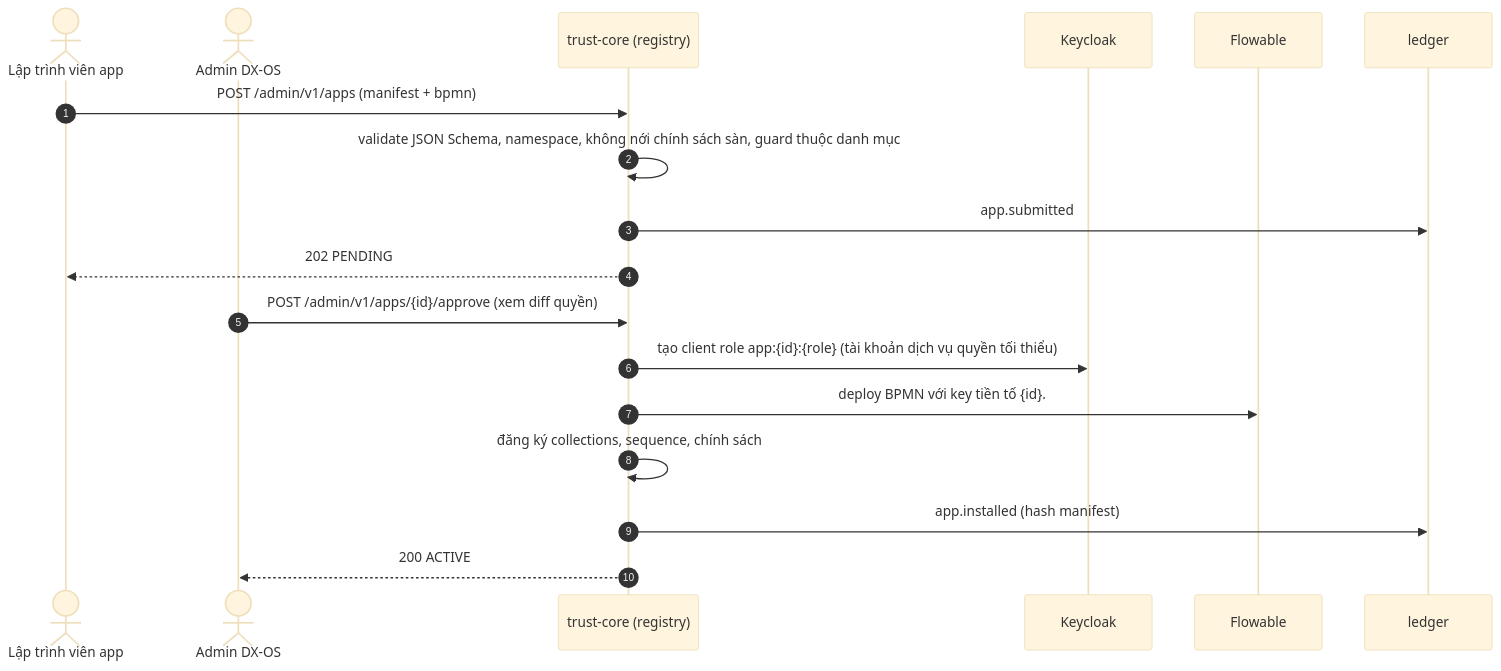
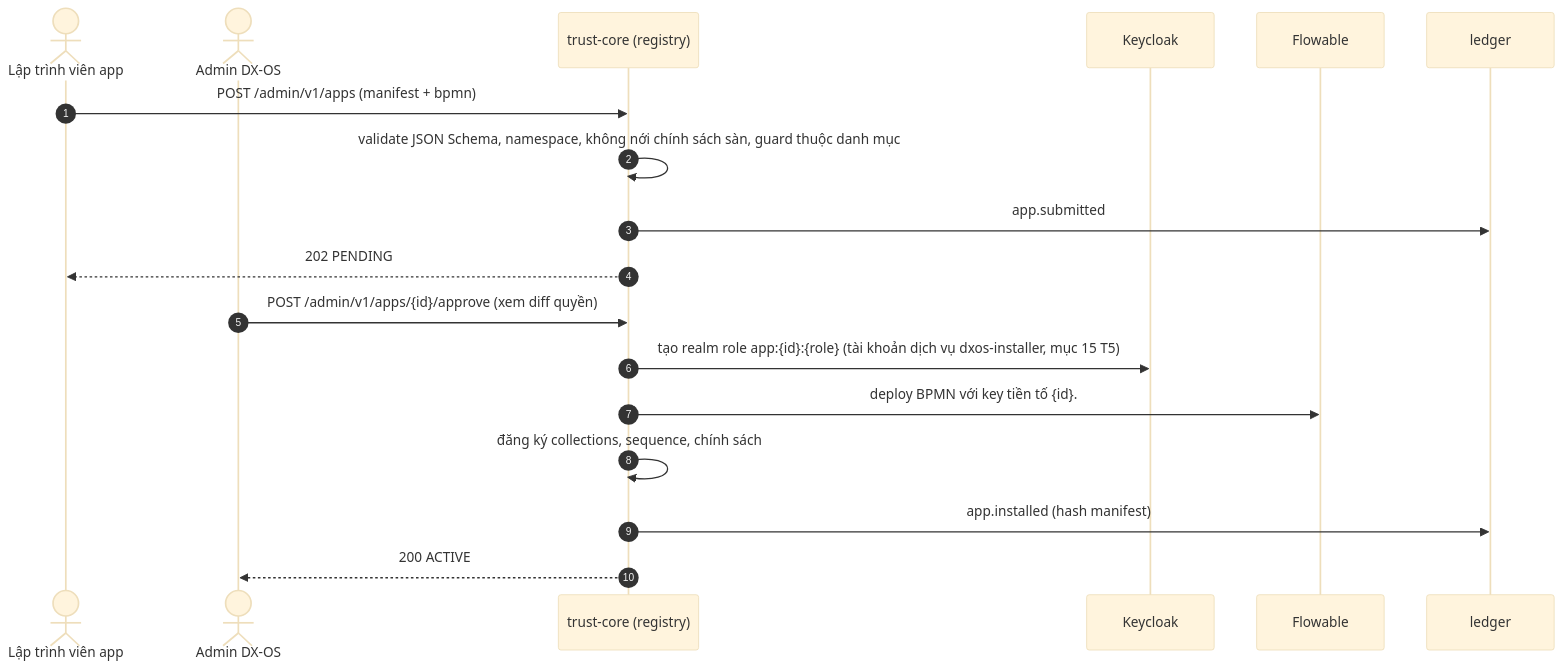
The fourth of 9 diagrams in docs/superpowers/specs/2026-10-20-dxos-trust-core-design.md (PSA-OVNCR/dxos), drawn with Mermaid (base theme) before and after one commit. The commit also changed other lines of this file and 8 other files, not shown here.

````diff
--- a/docs/superpowers/specs/2026-10-20-dxos-trust-core-design.md
+++ b/docs/superpowers/specs/2026-10-20-dxos-trust-core-design.md
@@ -361,20 +392,20 @@
 ```mermaid
 sequenceDiagram
   autonumber
   actor DEV as Lập trình viên app
   actor ADM as Admin DX-OS
   participant API as trust-core (registry)
   participant KC as Keycloak
   participant FL as Flowable
   participant LED as ledger
   DEV->>API: POST /admin/v1/apps (manifest + bpmn)
   API->>API: validate JSON Schema, namespace, không nới chính sách sàn, guard thuộc danh mục
   API->>LED: app.submitted
   API-->>DEV: 202 PENDING
   ADM->>API: POST /admin/v1/apps/{id}/approve (xem diff quyền)
-  API->>KC: tạo client role app:{id}:{role} (tài khoản dịch vụ quyền tối thiểu)
+  API->>KC: tạo realm role app:{id}:{role} (tài khoản dịch vụ dxos-installer, mục 15 T5)
   API->>FL: deploy BPMN với key tiền tố {id}.
   API->>API: đăng ký collections, sequence, chính sách
   API->>LED: app.installed (hash manifest)
   API-->>ADM: 200 ACTIVE
 ```
````
